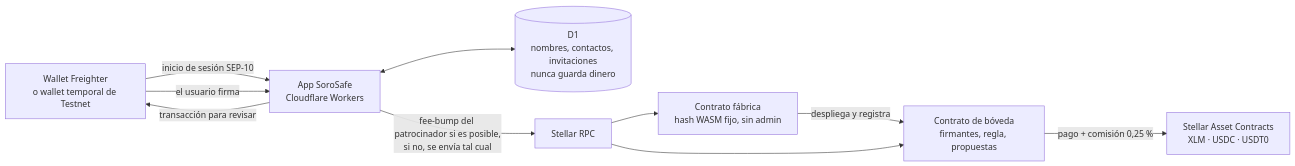
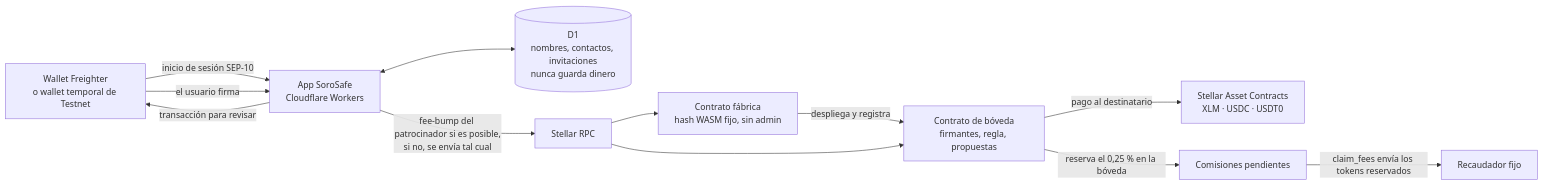
Before and after one commit to ffarinas/sorosafe: the diagram in README.es.md, drawn with Mermaid. The commit also changed other lines of this file and 10 other files, not shown here.

````diff
--- a/README.es.md
+++ b/README.es.md
@@ -80,12 +87,14 @@
 ```mermaid
 flowchart LR
   W["Wallet Freighter<br/>o wallet temporal de Testnet"] -->|"inicio de sesión SEP-10"| A["App SoroSafe<br/>Cloudflare Workers"]
   A <--> D[("D1<br/>nombres, contactos, invitaciones<br/>nunca guarda dinero")]
   A -->|"transacción para revisar"| W
   W -->|"el usuario firma"| A
   A -->|"fee-bump del patrocinador si es posible,<br/>si no, se envía tal cual"| R["Stellar RPC"]
   R --> F["Contrato fábrica<br/>hash WASM fijo, sin admin"]
   F -->|"despliega y registra"| V["Contrato de bóveda<br/>firmantes, regla, propuestas"]
   R --> V
-  V -->|"pago + comisión 0,25 %"| S["Stellar Asset Contracts<br/>XLM · USDC · USDT0"]
+  V -->|"pago al destinatario"| S["Stellar Asset Contracts<br/>XLM · USDC · USDT0"]
+  V -->|"reserva el 0,25 % en la bóveda"| O["Comisiones pendientes"]
+  O -->|"claim_fees envía los tokens reservados"| C["Recaudador fijo"]
 ```
````
